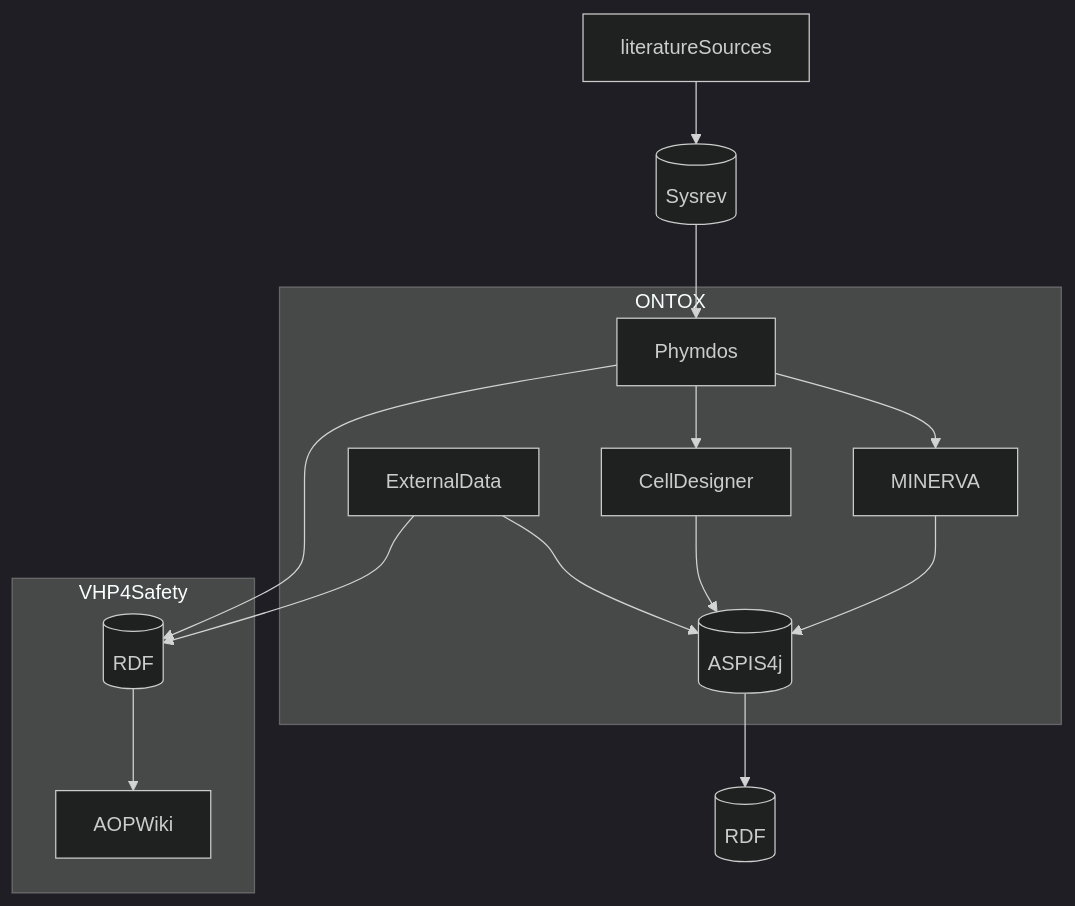
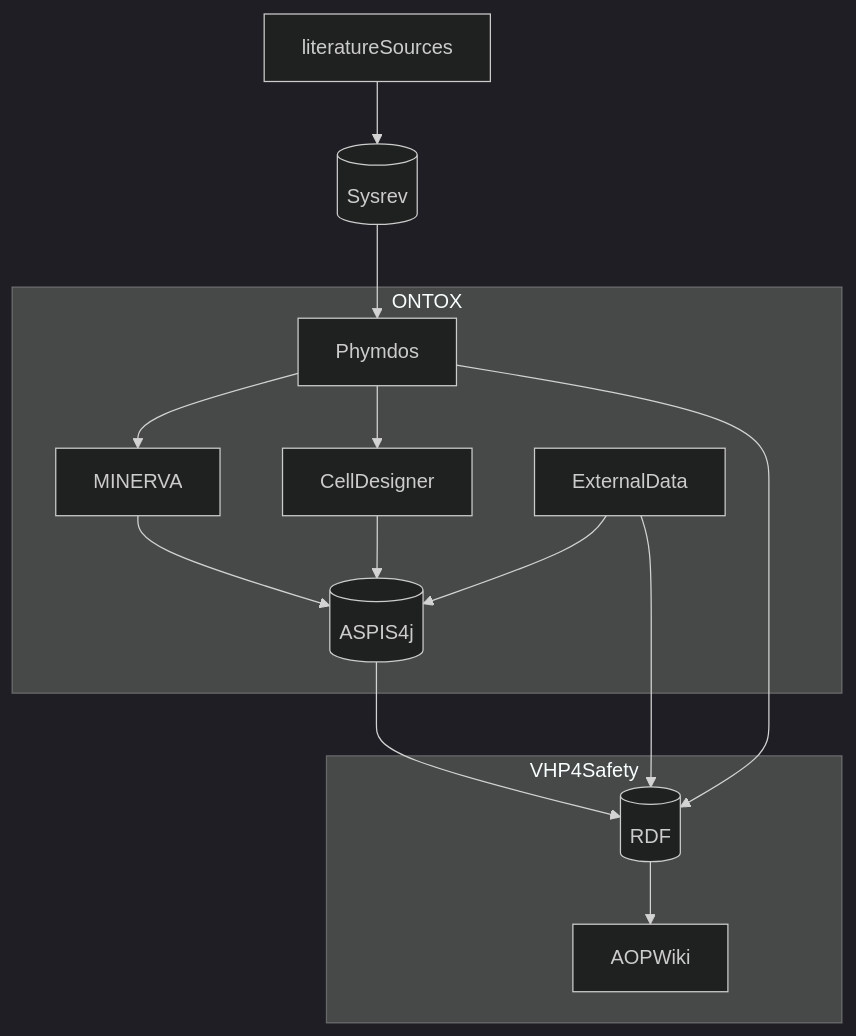
The diagram in ONTOX-vs-VHP4Safety.md (ontox-hu/workflows), drawn with Mermaid (dark theme) before and after one commit.

````diff
--- a/ONTOX-vs-VHP4Safety.md
+++ b/ONTOX-vs-VHP4Safety.md
@@ -1,24 +1,24 @@
 ```mermaid
 flowchart TB
     literatureSources-->Sysrev[(Sysrev)]
     Sysrev[(Sysrev)]-->Phymdos
     
     subgraph ONTOX
     Phymdos-->MINERVA
     Phymdos-->CellDesigner
     ExternalData-->ASPIS4j[(ASPIS4j)]
     CellDesigner-->ASPIS4j[(ASPIS4j)]
     MINERVA-->ASPIS4j[(ASPIS4j)]
     end
-    ASPIS4j[(ASPIS4j)]-->DF[(RDF)]
+    ASPIS4j[(ASPIS4j)]-->RDF[(RDF)]
     
     subgraph VHP4Safety
     Phymdos-->RDF[(RDF)]
     RDF[(RDF)]-->AOPWiki
     ExternalData-->RDF[(RDF)]
     end
     
     
     
     
 ```
````
